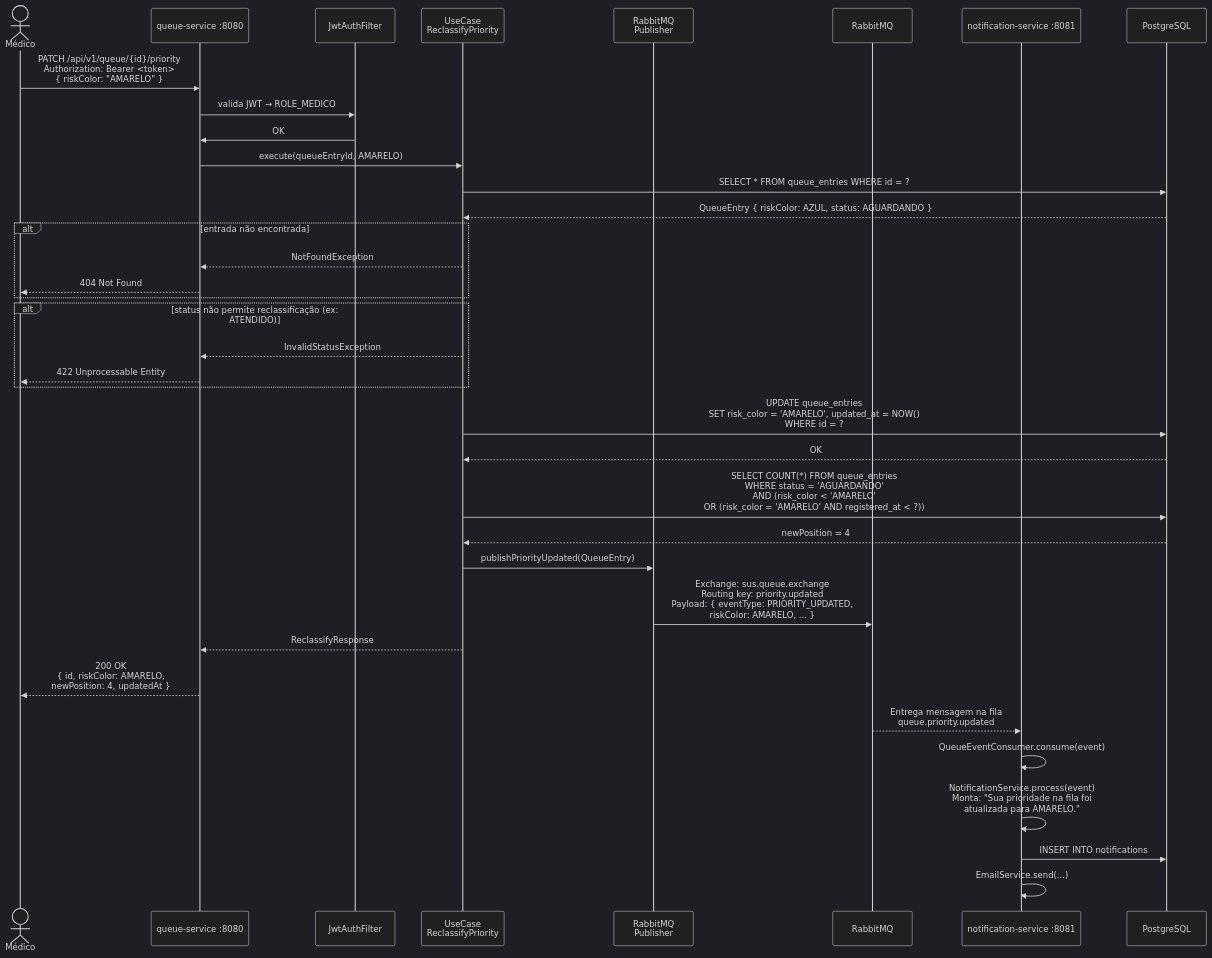
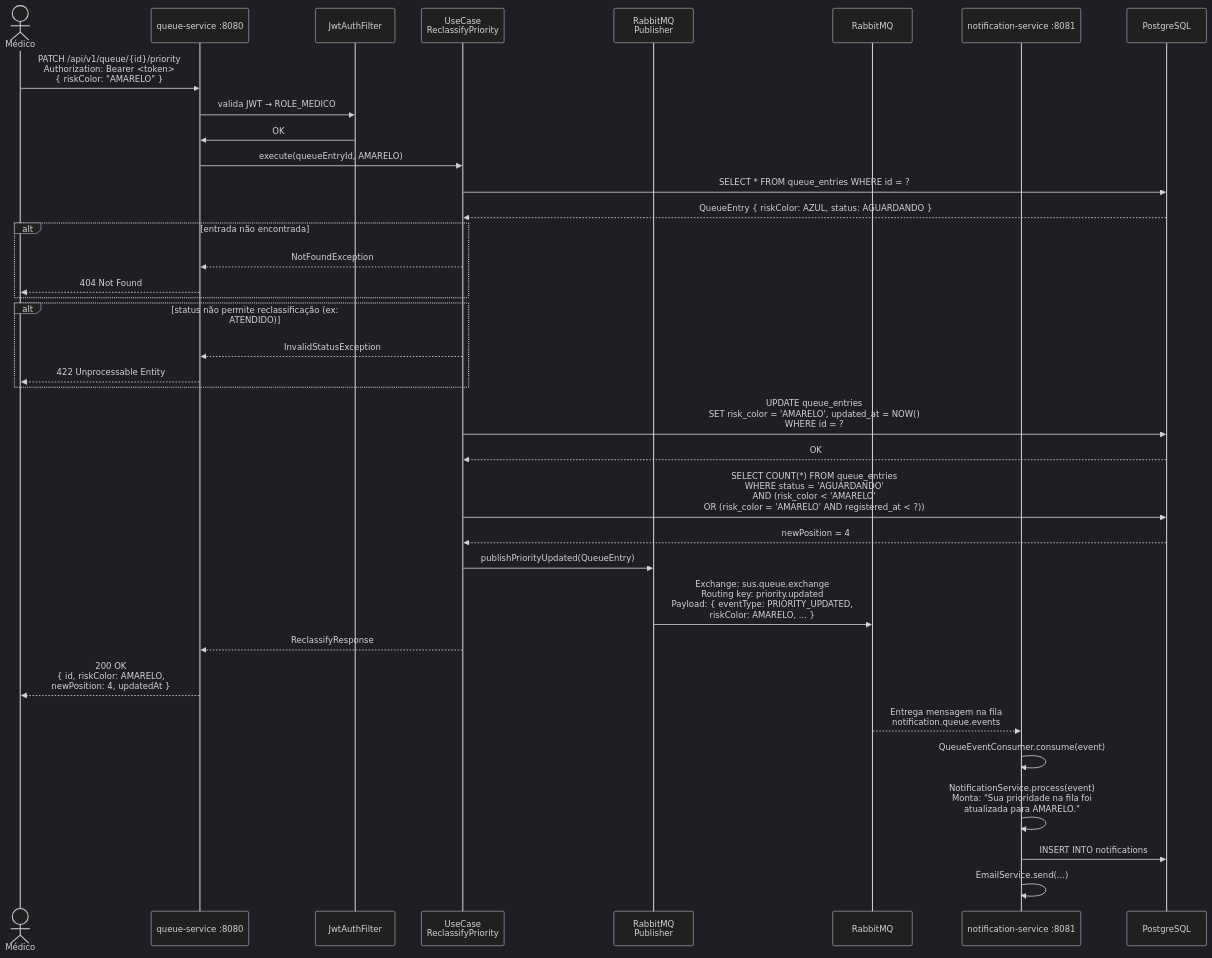
One commit to LucasBruner/Morbus changed the sixth of 13 diagrams in docs/sequencias-diagrama.md. Above: the diagram before and after it, drawn with Mermaid (dark theme). The commit also changed other lines of this file and 3 other files, not shown here.

````diff
--- a/docs/sequencias-diagrama.md
+++ b/docs/sequencias-diagrama.md
@@ -248,50 +248,50 @@
 ```mermaid
 sequenceDiagram
     actor Medico as Médico
     participant QS as queue-service :8080
     participant Filter as JwtAuthFilter
     participant UC as UseCase<br/>ReclassifyPriority
     participant Publisher as RabbitMQ<br/>Publisher
     participant MQ as RabbitMQ
     participant NS as notification-service :8081
     participant DB as PostgreSQL
 
     Medico->>QS: PATCH /api/v1/queue/{id}/priority<br/>Authorization: Bearer <token><br/>{ riskColor: "AMARELO" }
 
     QS->>Filter: valida JWT → ROLE_MEDICO
     Filter->>QS: OK
 
     QS->>UC: execute(queueEntryId, AMARELO)
 
     UC->>DB: SELECT * FROM queue_entries WHERE id = ?
     DB-->>UC: QueueEntry { riskColor: AZUL, status: AGUARDANDO }
 
     alt entrada não encontrada
         UC-->>QS: NotFoundException
         QS-->>Medico: 404 Not Found
     end
 
     alt status não permite reclassificação (ex: ATENDIDO)
         UC-->>QS: InvalidStatusException
         QS-->>Medico: 422 Unprocessable Entity
     end
 
     UC->>DB: UPDATE queue_entries<br/>SET risk_color = 'AMARELO', updated_at = NOW()<br/>WHERE id = ?
     DB-->>UC: OK
 
     UC->>DB: SELECT COUNT(*) FROM queue_entries<br/>WHERE status = 'AGUARDANDO'<br/>AND (risk_color < 'AMARELO'<br/>OR (risk_color = 'AMARELO' AND registered_at < ?))
     DB-->>UC: newPosition = 4
 
     UC->>Publisher: publishPriorityUpdated(QueueEntry)
     Publisher->>MQ: Exchange: sus.queue.exchange<br/>Routing key: priority.updated<br/>Payload: { eventType: PRIORITY_UPDATED,<br/>riskColor: AMARELO, ... }
 
     UC-->>QS: ReclassifyResponse
     QS-->>Medico: 200 OK<br/>{ id, riskColor: AMARELO,<br/>newPosition: 4, updatedAt }
 
-    MQ-->>NS: Entrega mensagem na fila<br/>queue.priority.updated
+    MQ-->>NS: Entrega mensagem na fila<br/>notification.queue.events
 
     NS->>NS: QueueEventConsumer.consume(event)
     NS->>NS: NotificationService.process(event)<br/>Monta: "Sua prioridade na fila foi<br/>atualizada para AMARELO."
     NS->>DB: INSERT INTO notifications
     NS->>NS: EmailService.send(...)
 ```
````
